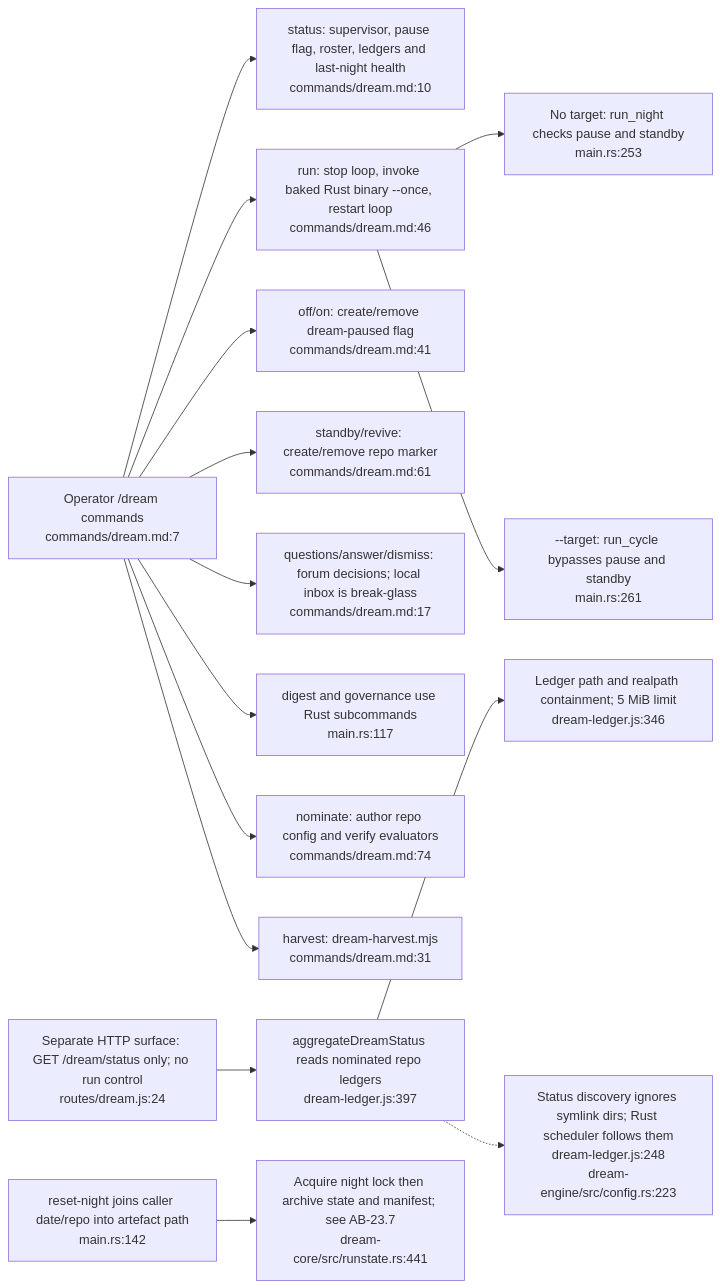
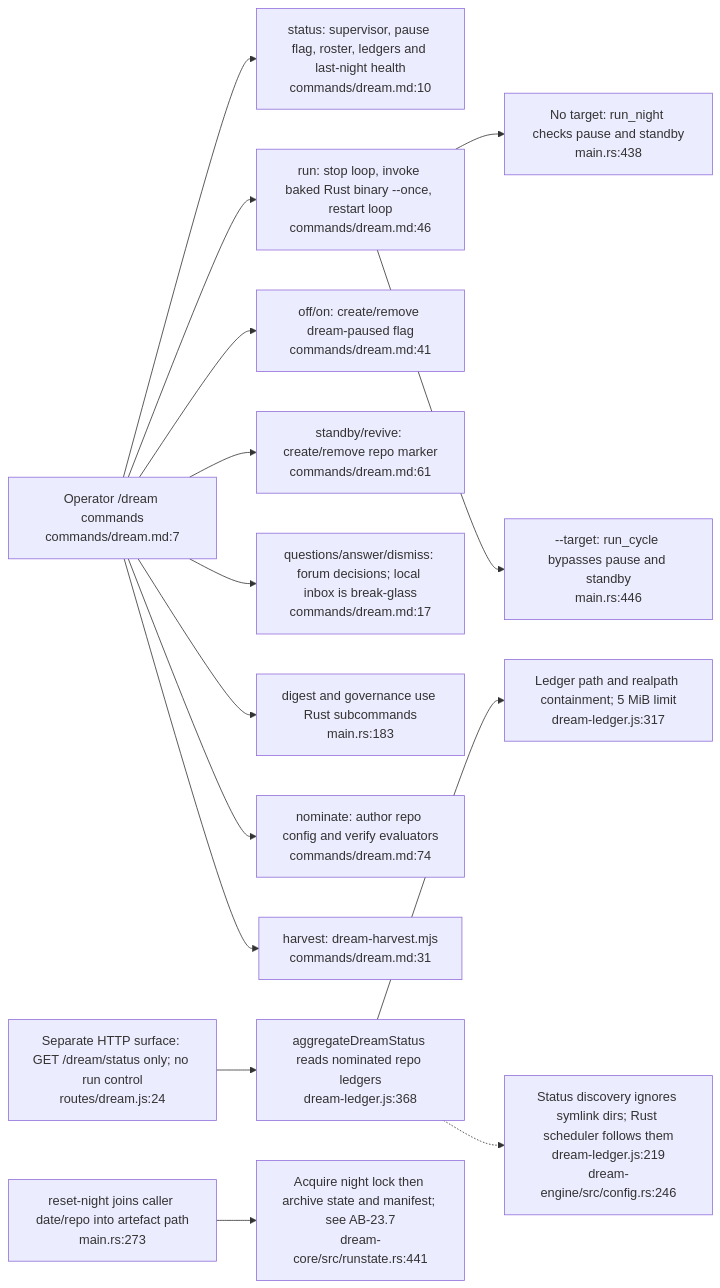
Before and after one commit to DreamLab-AI/VisionFlow: the tenth of 24 diagrams in docs/diagrams/agentbox/23-dream-engine.md, drawn with Mermaid. The commit also changed other lines of this file, not shown here.

First line of the commit message:
docs(diagrams): re-stamp AB-23 dream engine at agentbox 720e0d896 and dream-engine b40d507

````diff
--- a/docs/diagrams/agentbox/23-dream-engine.md
+++ b/docs/diagrams/agentbox/23-dream-engine.md
@@ -357,20 +357,20 @@
 ```mermaid
 flowchart LR
     SKILL["Operator /dream commands<br/>commands/dream.md:7"]
     SKILL --> STATUS["status: supervisor, pause flag, roster, ledgers and last-night health<br/>commands/dream.md:10"]
     SKILL --> RUN["run: stop loop, invoke baked Rust binary --once, restart loop<br/>commands/dream.md:46"]
-    RUN --> ALL["No target: run_night checks pause and standby<br/>main.rs:253"]
-    RUN --> ONE["--target: run_cycle bypasses pause and standby<br/>main.rs:261"]
+    RUN --> ALL["No target: run_night checks pause and standby<br/>main.rs:438"]
+    RUN --> ONE["--target: run_cycle bypasses pause and standby<br/>main.rs:446"]
     SKILL --> PAUSE["off/on: create/remove dream-paused flag<br/>commands/dream.md:41"]
     SKILL --> STAND["standby/revive: create/remove repo marker<br/>commands/dream.md:61"]
     SKILL --> FORUM["questions/answer/dismiss: forum decisions; local inbox is break-glass<br/>commands/dream.md:17"]
-    SKILL --> DIG["digest and governance use Rust subcommands<br/>main.rs:117"]
+    SKILL --> DIG["digest and governance use Rust subcommands<br/>main.rs:183"]
     SKILL --> NOM["nominate: author repo config and verify evaluators<br/>commands/dream.md:74"]
     SKILL --> HAR["harvest: dream-harvest.mjs<br/>commands/dream.md:31"]
     API["Separate HTTP surface: GET /dream/status only; no run control<br/>routes/dream.js:24"]
-    API --> JS["aggregateDreamStatus reads nominated repo ledgers<br/>dream-ledger.js:397"]
-    JS --> PATH["Ledger path and realpath containment; 5 MiB limit<br/>dream-ledger.js:346"]
-    JS -.-> DIFF["Status discovery ignores symlink dirs; Rust scheduler follows them<br/>dream-ledger.js:248<br/>dream-engine/src/config.rs:223"]
-    RESET["reset-night joins caller date/repo into artefact path<br/>main.rs:142"]
+    API --> JS["aggregateDreamStatus reads nominated repo ledgers<br/>dream-ledger.js:368"]
+    JS --> PATH["Ledger path and realpath containment; 5 MiB limit<br/>dream-ledger.js:317"]
+    JS -.-> DIFF["Status discovery ignores symlink dirs; Rust scheduler follows them<br/>dream-ledger.js:219<br/>dream-engine/src/config.rs:246"]
+    RESET["reset-night joins caller date/repo into artefact path<br/>main.rs:273"]
     RESET --> ARCH["Acquire night lock then archive state and manifest; see AB-23.7<br/>dream-core/src/runstate.rs:441"]
 ```
````
